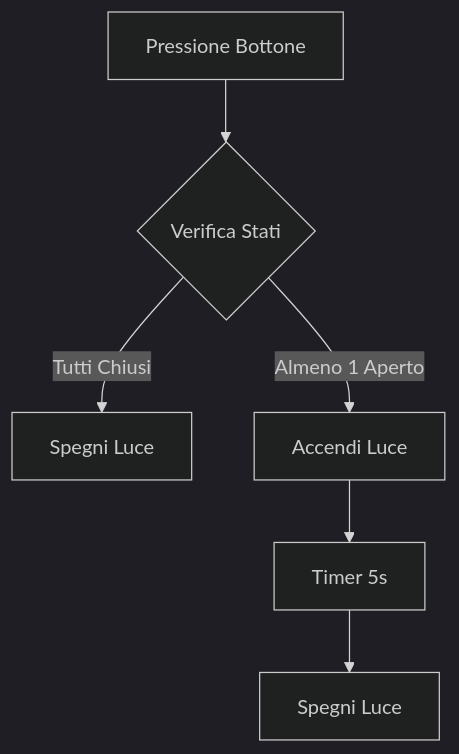
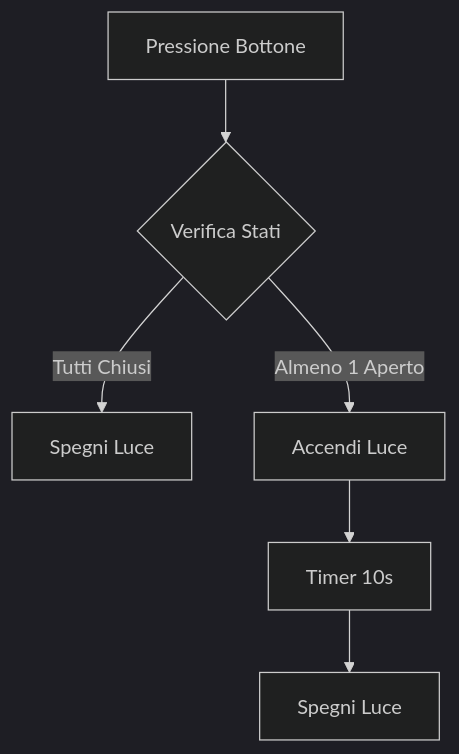
Before and after one commit to msillano/IoTwebUI: the diagram in patterns/test stato sensori.md, drawn with Mermaid (dark theme).

Commit message:
Update test stato sensori.md

````diff
--- a/patterns/test stato sensori.md
+++ b/patterns/test stato sensori.md
@@ -119,8 +119,8 @@
 ```mermaid
 graph TD
     A[Pressione Bottone] --> B{Verifica Stati}
     B -->|Tutti Chiusi| C[Spegni Luce]
     B -->|Almeno 1 Aperto| D[Accendi Luce]
-    D --> E[Timer 5s]
+    D --> E[Timer 10s]
     E --> F[Spegni Luce]
 ```
````
